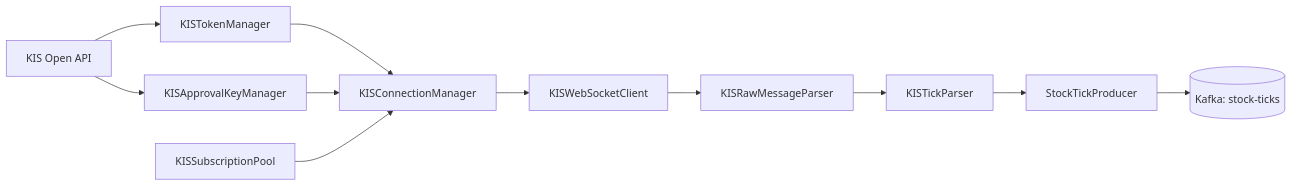
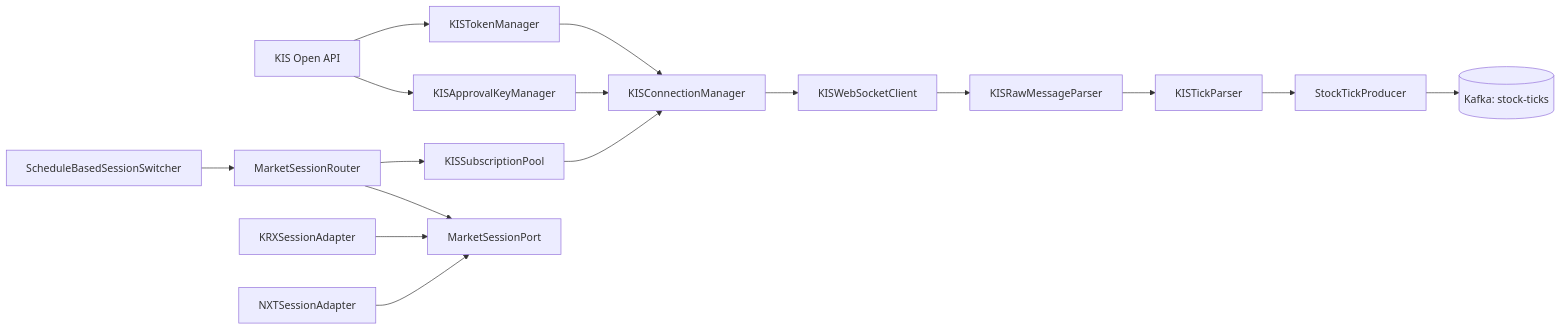
One commit to rover0811/invest_view changed the diagram in docs/design/12-kis-realtime-ingress-design.md. Above: the diagram before and after it, drawn with Mermaid. The commit also changed other lines of this file, not shown here.

First line of the commit message:
Update KIS ingress design with resolved decisions and exact schema

````diff
--- a/docs/design/12-kis-realtime-ingress-design.md
+++ b/docs/design/12-kis-realtime-ingress-design.md
@@ -93,24 +107,34 @@
 ```mermaid
 flowchart LR
     KIS[KIS Open API]
     Token[KISTokenManager]
     Approval[KISApprovalKeyManager]
     Conn[KISConnectionManager]
     Pool[KISSubscriptionPool]
+    SessionPort[MarketSessionPort]
+    Router[MarketSessionRouter]
+    Switcher[ScheduleBasedSessionSwitcher]
+    KRX[KRXSessionAdapter]
+    NXT[NXTSessionAdapter]
     WS[KISWebSocketClient]
     Parser[KISRawMessageParser]
     TickParser[KISTickParser]
     Producer[StockTickProducer]
     Kafka[(Kafka: stock-ticks)]
 
     KIS --> Token
     KIS --> Approval
     Token --> Conn
     Approval --> Conn
+    Switcher --> Router
+    Router --> SessionPort
+    KRX --> SessionPort
+    NXT --> SessionPort
+    Router --> Pool
     Pool --> Conn
     Conn --> WS
     WS --> Parser
     Parser --> TickParser
     TickParser --> Producer
     Producer --> Kafka
 ```
````
